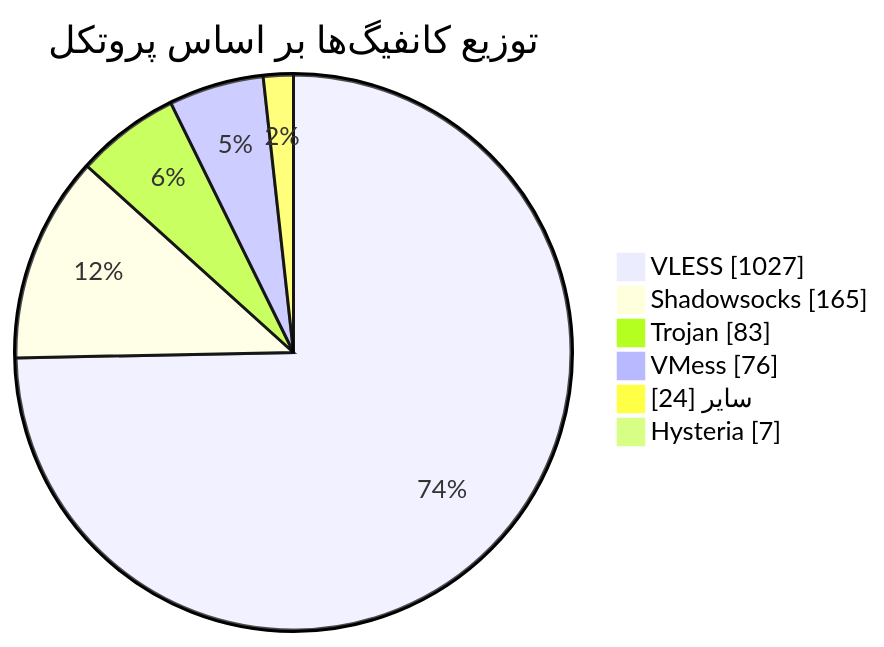
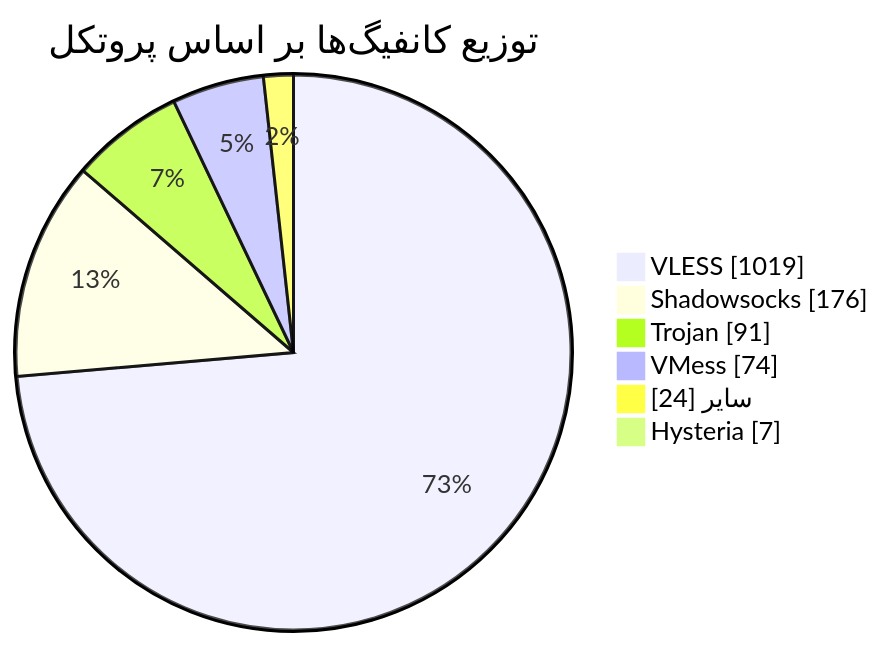
One commit to Arian-Alijani/Somthing changed the diagram in README.md. Above: the diagram before and after it, drawn with Mermaid. The commit also changed other lines of this file and 101 other files, not shown here.

````diff
--- a/README.md
+++ b/README.md
@@ -50,10 +50,10 @@
 ```mermaid
 pie showData
     title توزیع کانفیگ‌ها بر اساس پروتکل
-    "VLESS" : 1027
-    "Shadowsocks" : 165
-    "Trojan" : 83
-    "VMess" : 76
+    "VLESS" : 1019
+    "Shadowsocks" : 176
+    "Trojan" : 91
+    "VMess" : 74
     "سایر" : 24
     "Hysteria" : 7
 ```
````
